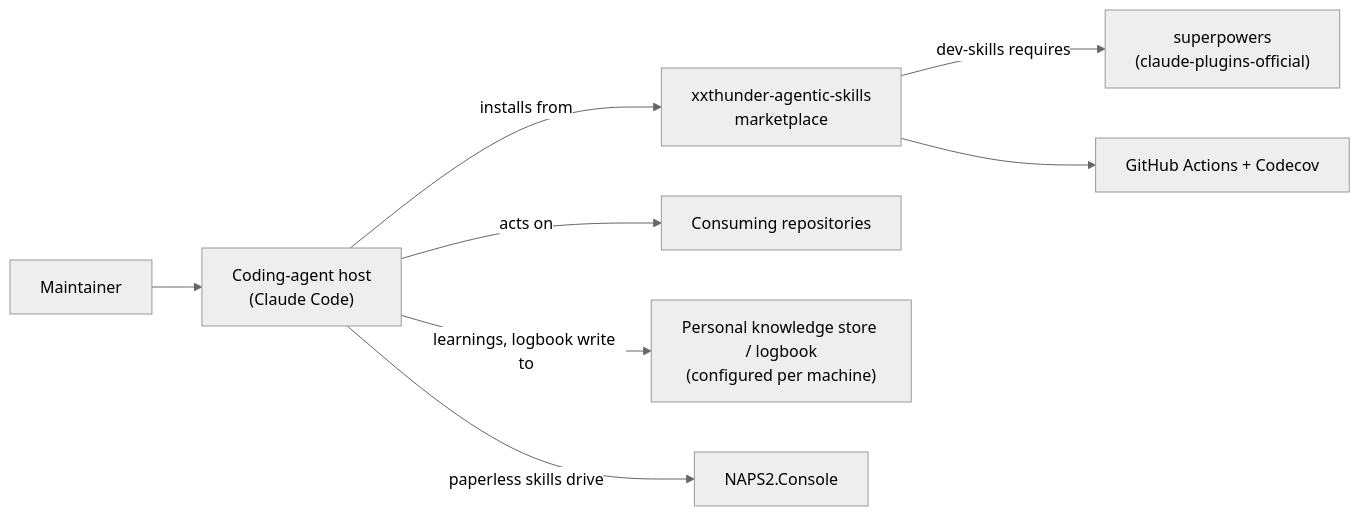
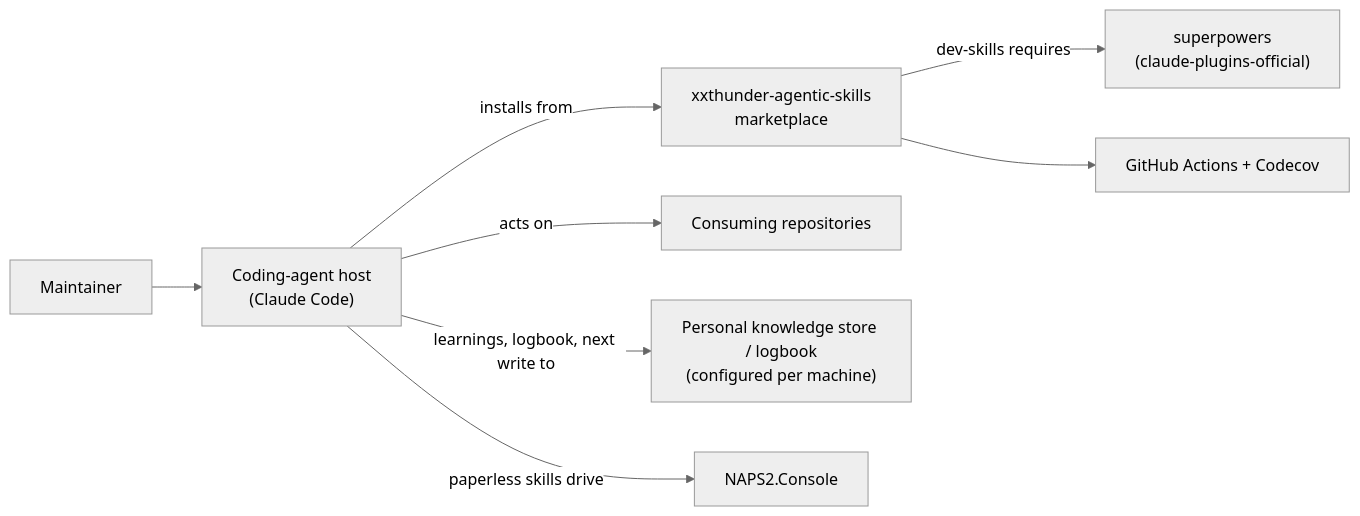
Before and after one commit to xxthunder/xxthunder-agentic-skills: the first of 7 diagrams in docs/architecture.md, drawn with Mermaid (neutral theme). The commit also changed other lines of this file and 9 other files, not shown here.

````diff
--- a/docs/architecture.md
+++ b/docs/architecture.md
@@ -12,19 +12,19 @@
 ```mermaid
 flowchart LR
     dev["Maintainer"]
     host["Coding-agent host<br/>(Claude Code)"]
     mkt["xxthunder-agentic-skills<br/>marketplace"]
     consumer["Consuming repositories"]
     store["Personal knowledge store / logbook<br/>(configured per machine)"]
     sp["superpowers<br/>(claude-plugins-official)"]
     naps["NAPS2.Console"]
     ci["GitHub Actions + Codecov"]
 
     dev --> host
     host -->|installs from| mkt
     host -->|acts on| consumer
-    host -->|learnings, logbook write to| store
+    host -->|learnings, logbook, next write to| store
     mkt -->|dev-skills requires| sp
     host -->|paperless skills drive| naps
     mkt --> ci
 ```
````
